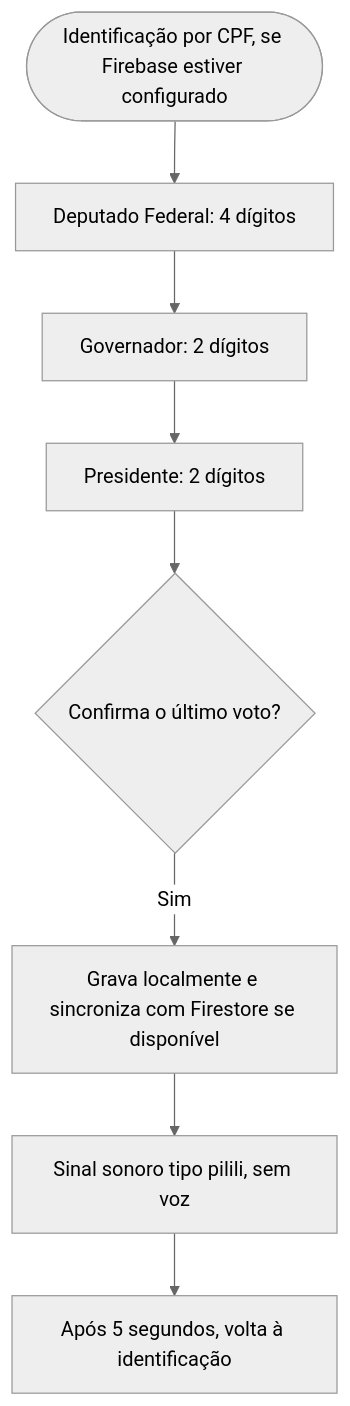
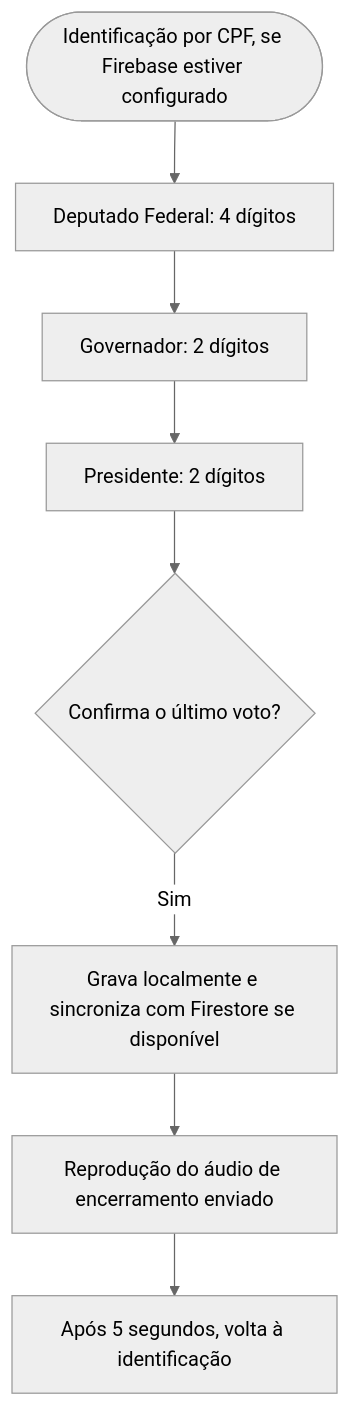
Before and after one commit to Sudo-Marco/urna-cidada: the diagram in README.md, drawn with Mermaid (neutral theme). The commit also changed other lines of this file and 13 other files, not shown here.

````diff
--- a/README.md
+++ b/README.md
@@ -138,10 +138,10 @@
 ```mermaid
 flowchart TD
     A([Identificação por CPF, se Firebase estiver configurado]) --> B[Deputado Federal: 4 dígitos]
     B --> C[Governador: 2 dígitos]
     C --> D[Presidente: 2 dígitos]
     D --> E{Confirma o último voto?}
     E -->|Sim| F[Grava localmente e sincroniza com Firestore se disponível]
-    F --> G[Sinal sonoro tipo pilili, sem voz]
+    F --> G[Reprodução do áudio de encerramento enviado]
     G --> H[Após 5 segundos, volta à identificação]
 ```
````
